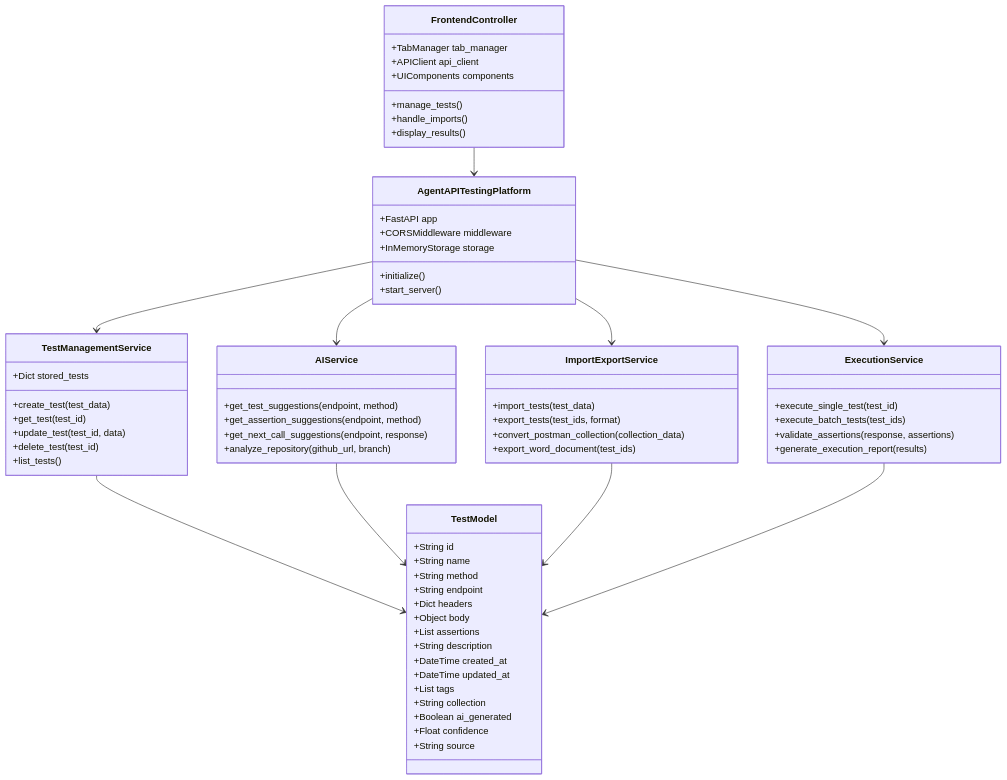
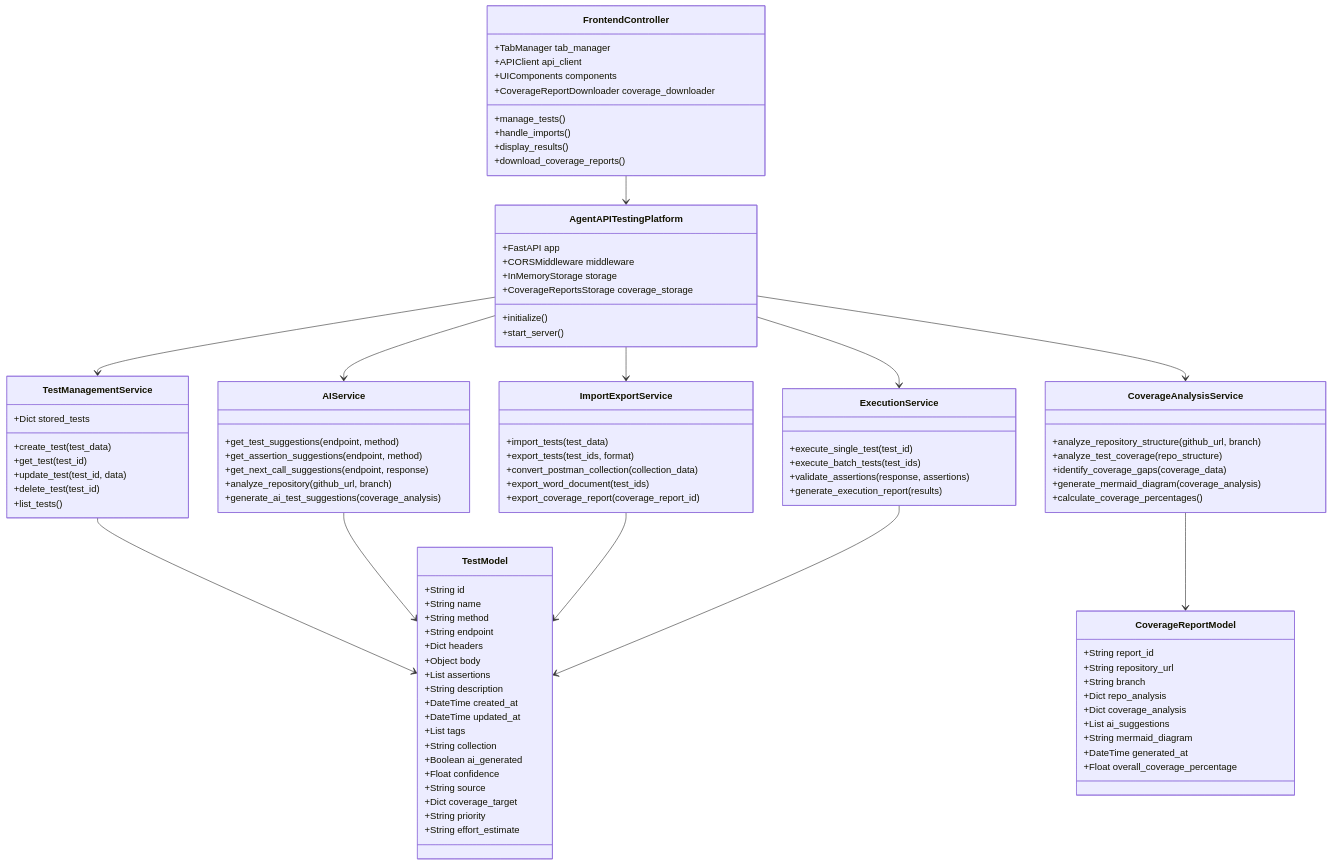
The second of 5 diagrams in README.md (i079024/agentapi1), drawn with Mermaid before and after one commit. The commit also changed other lines of this file and 8 other files, not shown here.

Commit message:
Adding download of analysis report

```diff
--- a/README.md
+++ b/README.md
@@ -92,6 +108,7 @@
         +FastAPI app
         +CORSMiddleware middleware
         +InMemoryStorage storage
+        +CoverageReportsStorage coverage_storage
         +initialize()
         +start_server()
     }
@@ -110,6 +127,15 @@
         +get_assertion_suggestions(endpoint, method)
         +get_next_call_suggestions(endpoint, response)
         +analyze_repository(github_url, branch)
+        +generate_ai_test_suggestions(coverage_analysis)
+    }
+    
+    class CoverageAnalysisService {
+        +analyze_repository_structure(github_url, branch)
+        +analyze_test_coverage(repo_structure)
+        +identify_coverage_gaps(coverage_data)
+        +generate_mermaid_diagram(coverage_analysis)
+        +calculate_coverage_percentages()
     }
     
     class ImportExportService {
@@ -117,6 +143,7 @@
         +export_tests(test_ids, format)
         +convert_postman_collection(collection_data)
         +export_word_document(test_ids)
+        +export_coverage_report(coverage_report_id)
     }
     
     class ExecutionService {
@@ -142,24 +169,43 @@
         +Boolean ai_generated
         +Float confidence
         +String source
+        +Dict coverage_target
+        +String priority
+        +String effort_estimate
+    }
+    
+    class CoverageReportModel {
+        +String report_id
+        +String repository_url
+        +String branch
+        +Dict repo_analysis
+        +Dict coverage_analysis
+        +List ai_suggestions
+        +String mermaid_diagram
+        +DateTime generated_at
+        +Float overall_coverage_percentage
     }
     
     class FrontendController {
         +TabManager tab_manager
         +APIClient api_client
         +UIComponents components
+        +CoverageReportDownloader coverage_downloader
         +manage_tests()
         +handle_imports()
         +display_results()
+        +download_coverage_reports()
     }
     
     AgentAPITestingPlatform --> TestManagementService
     AgentAPITestingPlatform --> AIService
+    AgentAPITestingPlatform --> CoverageAnalysisService
     AgentAPITestingPlatform --> ImportExportService
     AgentAPITestingPlatform --> ExecutionService
     
     TestManagementService --> TestModel
     AIService --> TestModel
+    CoverageAnalysisService --> CoverageReportModel
     ImportExportService --> TestModel
     ExecutionService --> TestModel
     
```
